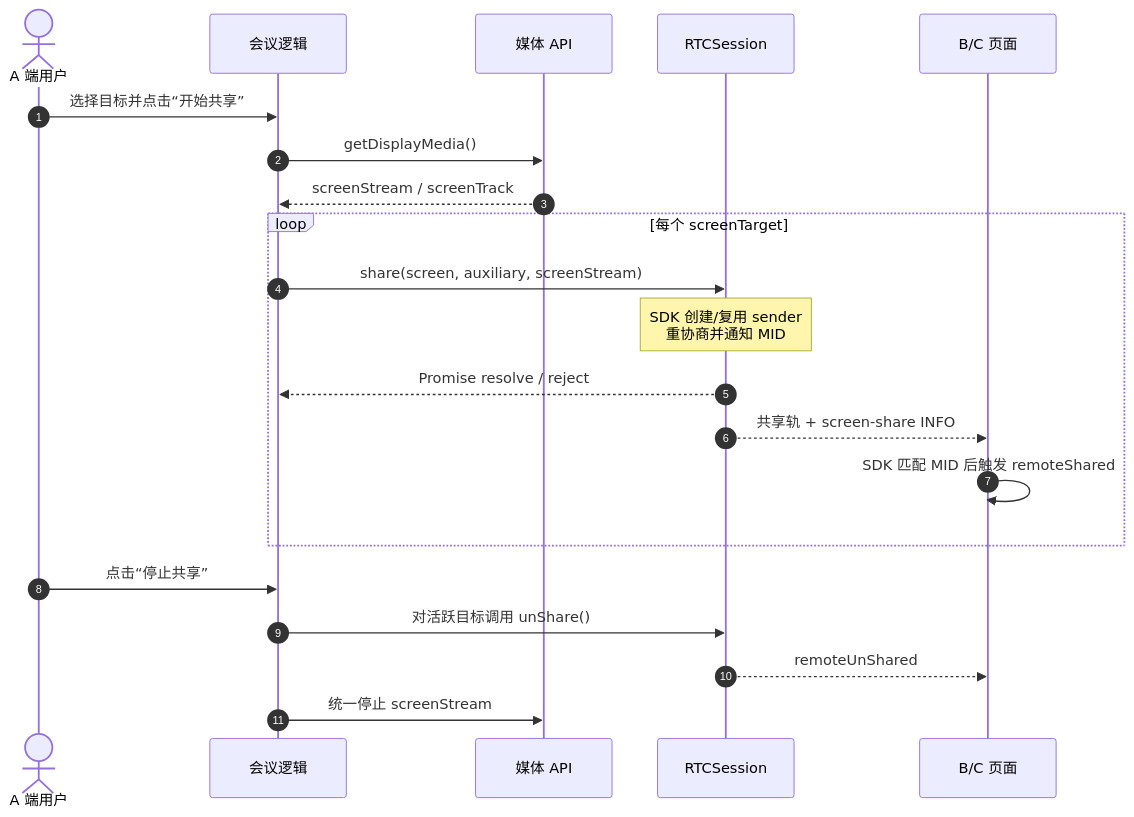
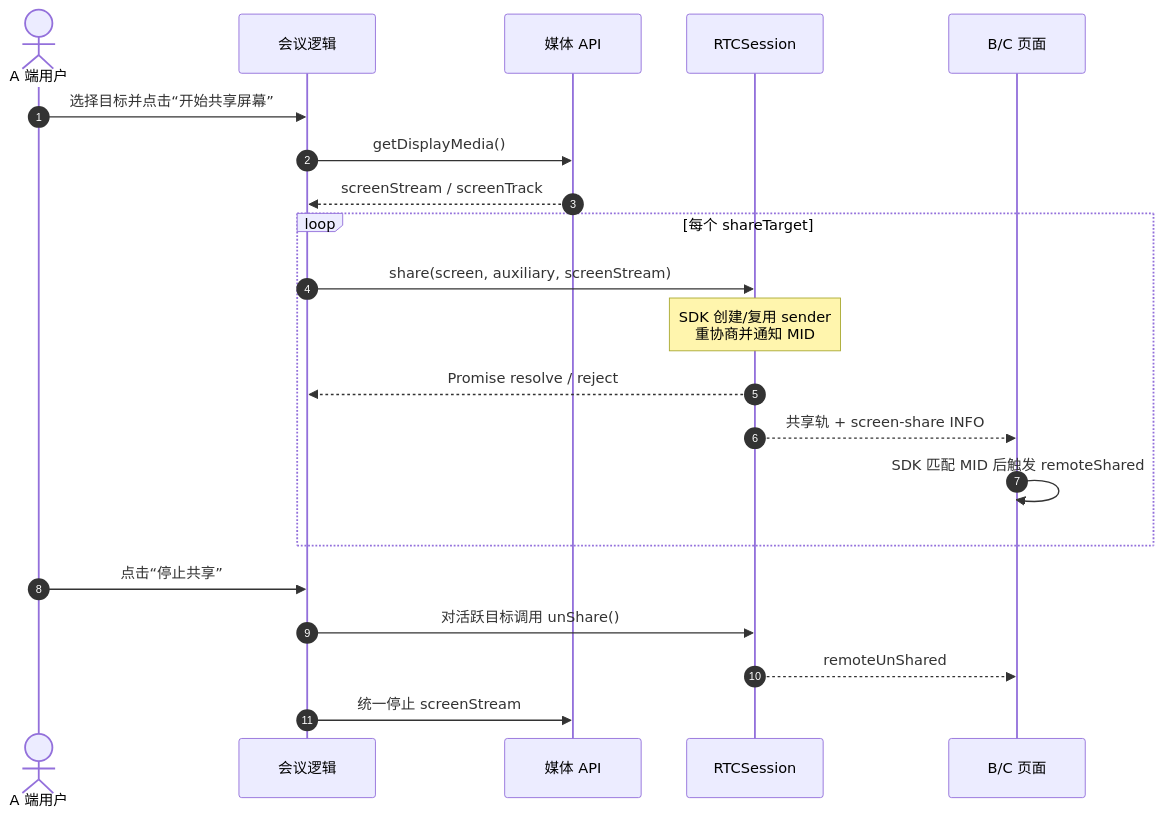
One commit to lei40251/JsSIP changed the eighth of 20 diagrams in docs/app-conference-guide.md. Above: the diagram before and after it, drawn with Mermaid. The commit also changed other lines of this file and 31 other files, not shown here.

````diff
--- a/docs/app-conference-guide.md
+++ b/docs/app-conference-guide.md
@@ -583,26 +586,26 @@
 ```mermaid
 sequenceDiagram
   autonumber
   actor User as A 端用户
   participant Conf as 会议逻辑
   participant Browser as 媒体 API
   participant Session as RTCSession
   participant Remote as B/C 页面
 
-  User->>Conf: 选择目标并点击“开始共享”
+  User->>Conf: 选择目标并点击“开始共享屏幕”
   Conf->>Browser: getDisplayMedia()
   Browser-->>Conf: screenStream / screenTrack
 
-  loop 每个 screenTarget
+  loop 每个 shareTarget
     Conf->>Session: share(screen, auxiliary, screenStream)
     Note over Session: SDK 创建/复用 sender<br/>重协商并通知 MID
     Session-->>Conf: Promise resolve / reject
     Session-->>Remote: 共享轨 + screen-share INFO
     Remote->>Remote: SDK 匹配 MID 后触发 remoteShared
   end
 
   User->>Conf: 点击“停止共享”
   Conf->>Session: 对活跃目标调用 unShare()
   Session-->>Remote: remoteUnShared
   Conf->>Browser: 统一停止 screenStream
 ```
````
